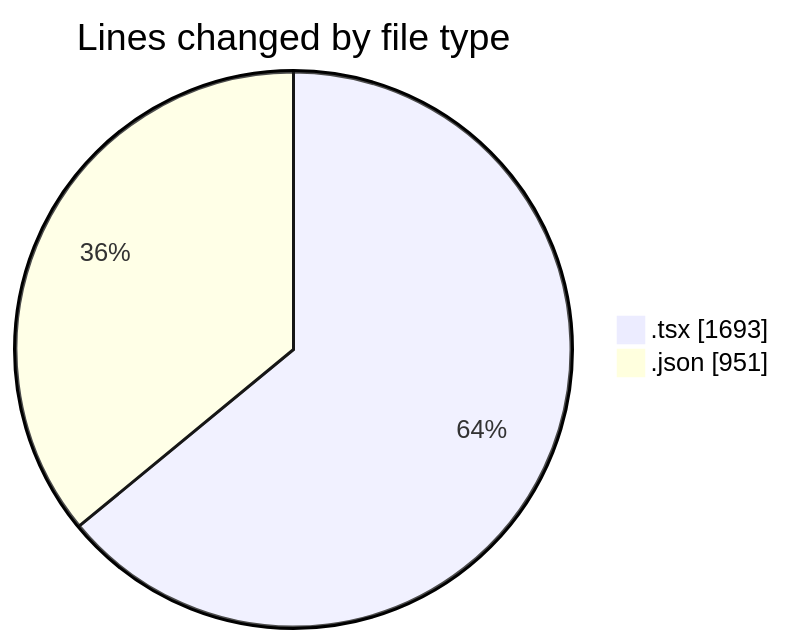
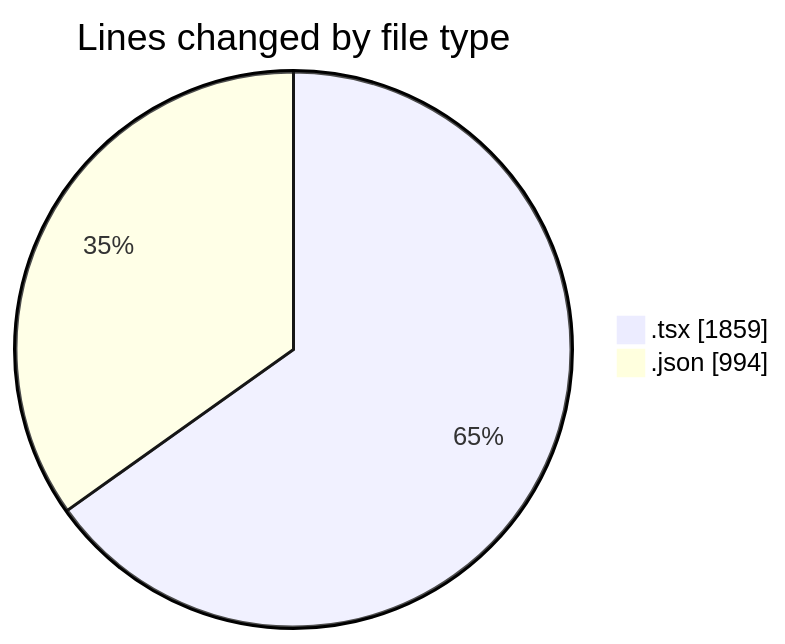
Before and after one commit to EIIisD/code-tracking: the first of 2 diagrams in 2025-08-13/ribbon/README.md, drawn with Mermaid. The commit also changed other lines of this file and 1 other file, not shown here.

````diff
--- a/2025-08-13/ribbon/README.md
+++ b/2025-08-13/ribbon/README.md
@@ -29,6 +30,6 @@
 ```mermaid
 pie showData
 title Lines changed by file type
-".tsx" : 1693
-".json" : 951
+".tsx" : 1859
+".json" : 994
 ```
````
